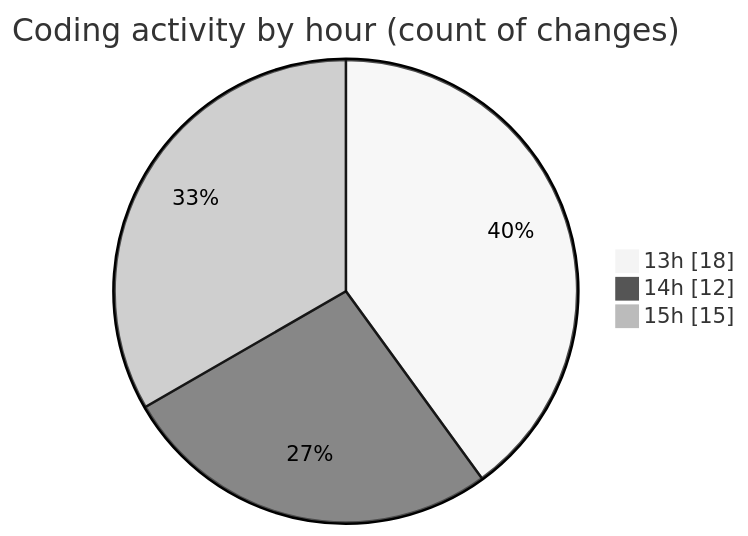
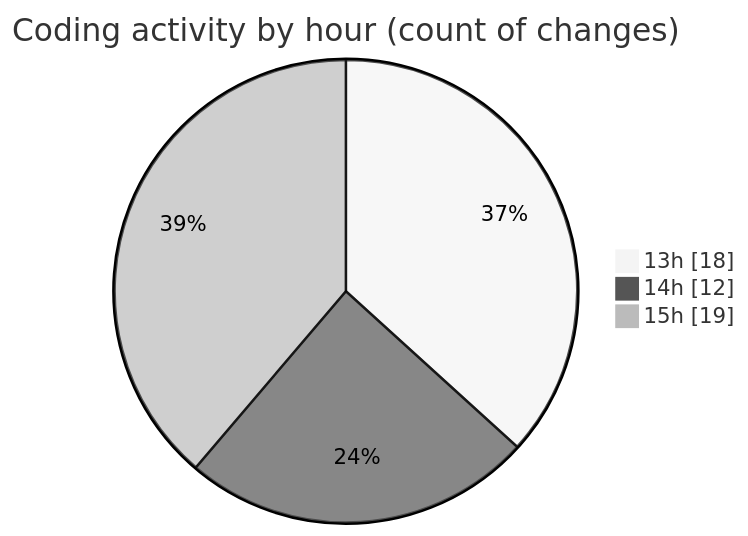
The second of 2 diagrams in 2025-06-16/studio-backend/README.md (idhammustaqopulfikri/code-tracking), drawn with Mermaid (neutral theme) before and after one commit. The commit also changed other lines of this file and 1 other file, not shown here.

````diff
--- a/2025-06-16/studio-backend/README.md
+++ b/2025-06-16/studio-backend/README.md
@@ -35,7 +37,7 @@
 ```mermaid
 pie showData
 title Coding activity by hour (count of changes)
 "13h" : 18
 "14h" : 12
-"15h" : 15
+"15h" : 19
 ```
````
